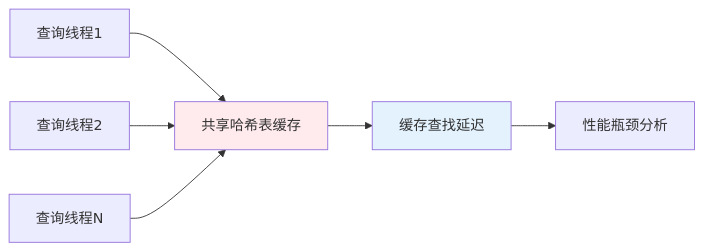
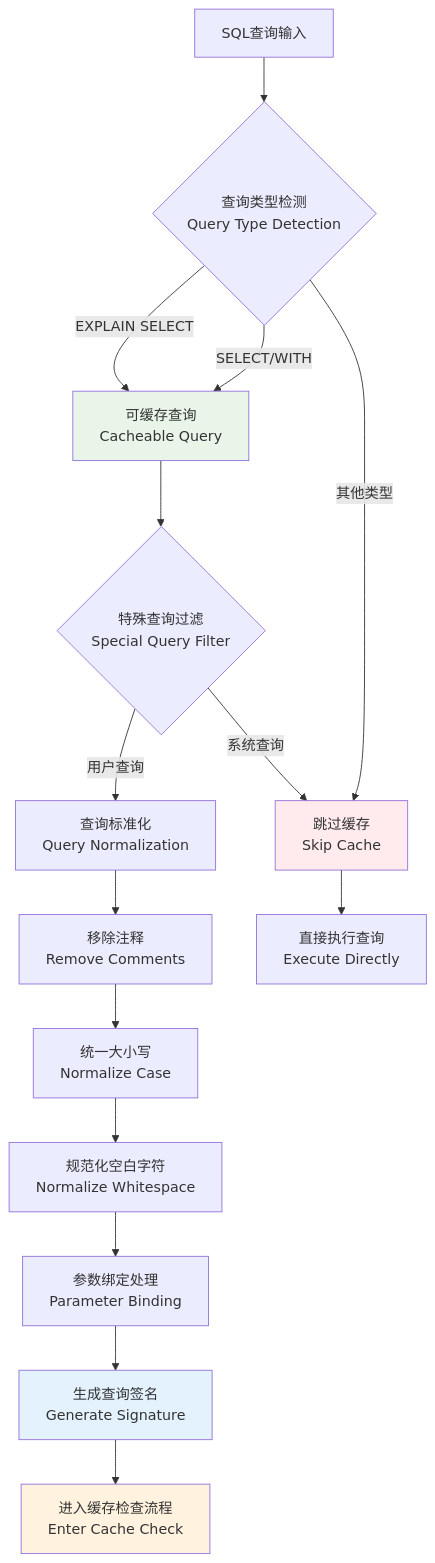
One commit to crazypenguincode/duckdb changed the third of 13 diagrams in md/第三章-动态缓存管理.md. Above: the diagram before and after it, drawn with Mermaid. The commit also changed other lines of this file and 4 other files, not shown here.

````diff
--- a/md/第三章-动态缓存管理.md
+++ b/md/第三章-动态缓存管理.md
@@ -23,12 +314,26 @@
 ```mermaid
-graph LR
-    A[查询线程1] --> D[共享哈希表缓存]
-    B[查询线程2] --> D
-    C[查询线程N] --> D
+graph TD
+    A[SQL查询输入] --> B{查询类型检测<br/>Query Type Detection}
     
-    D --> E[缓存查找延迟]
-    E --> F[性能瓶颈分析]
+    B --> |SELECT/WITH| C[可缓存查询<br/>Cacheable Query]
+    B --> |EXPLAIN SELECT| C
+    B --> |其他类型| D[跳过缓存<br/>Skip Cache]
     
+    C --> E{特殊查询过滤<br/>Special Query Filter}
+    E --> |系统查询| D
+    E --> |用户查询| F[查询标准化<br/>Query Normalization]
+    
+    F --> G[移除注释<br/>Remove Comments]
+    G --> H[统一大小写<br/>Normalize Case]
+    H --> I[规范化空白字符<br/>Normalize Whitespace]
+    I --> J[参数绑定处理<br/>Parameter Binding]
+    J --> K[生成查询签名<br/>Generate Signature]
+    
+    D --> L[直接执行查询<br/>Execute Directly]
+    K --> M[进入缓存检查流程<br/>Enter Cache Check]
+    
+    style C fill:#e8f5e8
     style D fill:#ffebee
-    style E fill:#e3f2fd
+    style K fill:#e3f2fd
+    style M fill:#fff3e0
 ```
````
